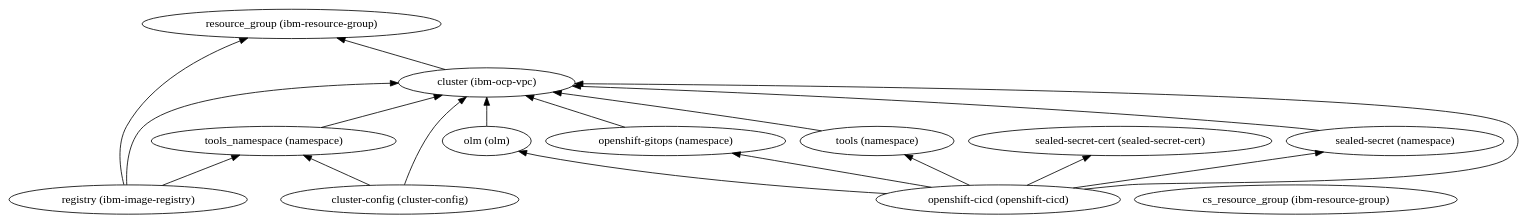
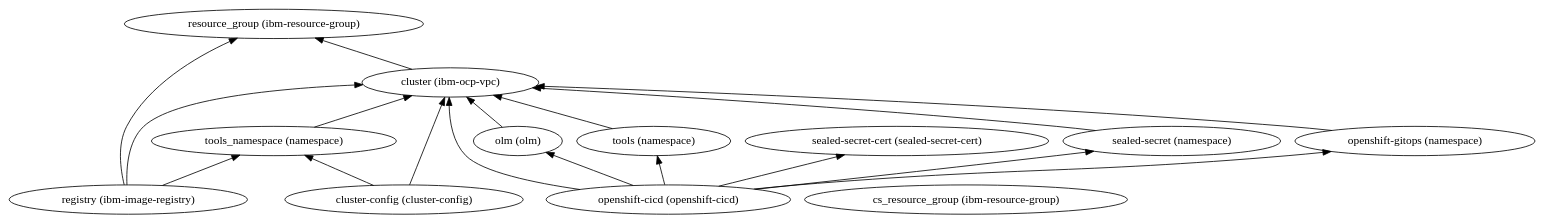
The diagram in 165-ibm-fs-openshift-workload/dependencies.dot (IBM/ibm-cloud-reference-architectures), drawn with Graphviz before and after one commit. The commit also changed other lines of this file and 1 other file, not shown here.

```diff
--- a/165-ibm-fs-openshift-workload/dependencies.dot
+++ b/165-ibm-fs-openshift-workload/dependencies.dot
@@ -1,32 +1,32 @@
 digraph {
     rankdir="BT"
     "resource_group (ibm-resource-group)"
 "cs_resource_group (ibm-resource-group)"
 "cluster (ibm-ocp-vpc)" -> "resource_group (ibm-resource-group)"
 "cluster (ibm-ocp-vpc)"
 "tools_namespace (namespace)" -> "cluster (ibm-ocp-vpc)"
 "tools_namespace (namespace)"
+"openshift-gitops (namespace)" -> "cluster (ibm-ocp-vpc)"
+"openshift-gitops (namespace)"
 "cluster-config (cluster-config)" -> "cluster (ibm-ocp-vpc)"
 "cluster-config (cluster-config)" -> "tools_namespace (namespace)"
 "cluster-config (cluster-config)"
 "registry (ibm-image-registry)" -> "cluster (ibm-ocp-vpc)"
 "registry (ibm-image-registry)" -> "tools_namespace (namespace)"
 "registry (ibm-image-registry)" -> "resource_group (ibm-resource-group)"
 "registry (ibm-image-registry)"
 "openshift-cicd (openshift-cicd)" -> "cluster (ibm-ocp-vpc)"
 "openshift-cicd (openshift-cicd)" -> "olm (olm)"
 "openshift-cicd (openshift-cicd)" -> "openshift-gitops (namespace)"
 "openshift-cicd (openshift-cicd)" -> "tools (namespace)"
 "openshift-cicd (openshift-cicd)" -> "sealed-secret (namespace)"
 "openshift-cicd (openshift-cicd)" -> "sealed-secret-cert (sealed-secret-cert)"
 "openshift-cicd (openshift-cicd)"
 "olm (olm)" -> "cluster (ibm-ocp-vpc)"
 "olm (olm)"
-"openshift-gitops (namespace)" -> "cluster (ibm-ocp-vpc)"
-"openshift-gitops (namespace)"
 "tools (namespace)" -> "cluster (ibm-ocp-vpc)"
 "tools (namespace)"
 "sealed-secret (namespace)" -> "cluster (ibm-ocp-vpc)"
 "sealed-secret (namespace)"
 "sealed-secret-cert (sealed-secret-cert)"
   }
```
